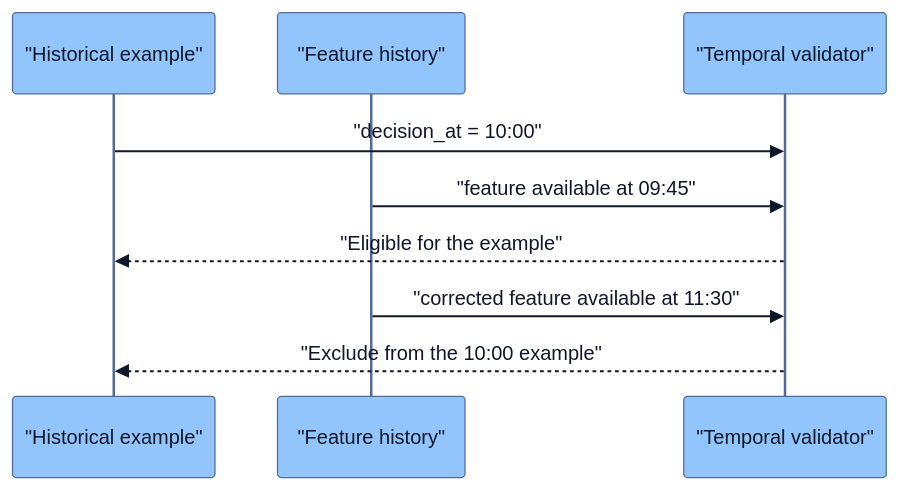
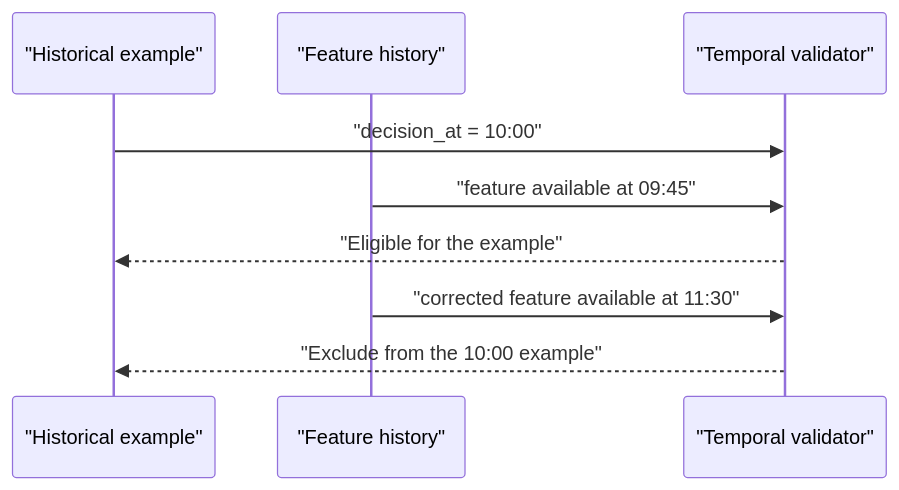
One commit to senlinyy/dev-roadmaps changed the second of 3 diagrams in roadmaps/mlops/modules/data-for-ml-systems/data-quality/01-data-validation-for-ml-pipelines.md. Above: the diagram before and after it, drawn with Mermaid. The commit also changed other lines of this file and 152 other files, not shown here.

Commit message:
feat: mlops and diagrams updated

````diff
--- a/roadmaps/mlops/modules/data-for-ml-systems/data-quality/01-data-validation-for-ml-pipelines.md
+++ b/roadmaps/mlops/modules/data-for-ml-systems/data-quality/01-data-validation-for-ml-pipelines.md
@@ -201,13 +197,13 @@
 ```mermaid
-%%{init: {"theme": "base", "themeVariables": {"background": "#111827", "primaryColor": "#93C5FD", "primaryTextColor": "#0F172A", "primaryBorderColor": "#536A9A", "lineColor": "#FFE04F", "secondaryColor": "#2DD4BF", "tertiaryColor": "#FB7185", "fontFamily": "Nunito, sans-serif"}}}%%
+
 sequenceDiagram
     participant E as "Historical example"
     participant F as "Feature history"
     participant V as "Temporal validator"
 
     E->>V: "decision_at = 10:00"
     F->>V: "feature available at 09:45"
     V-->>E: "Eligible for the example"
     F->>V: "corrected feature available at 11:30"
     V-->>E: "Exclude from the 10:00 example"
 ```
````
